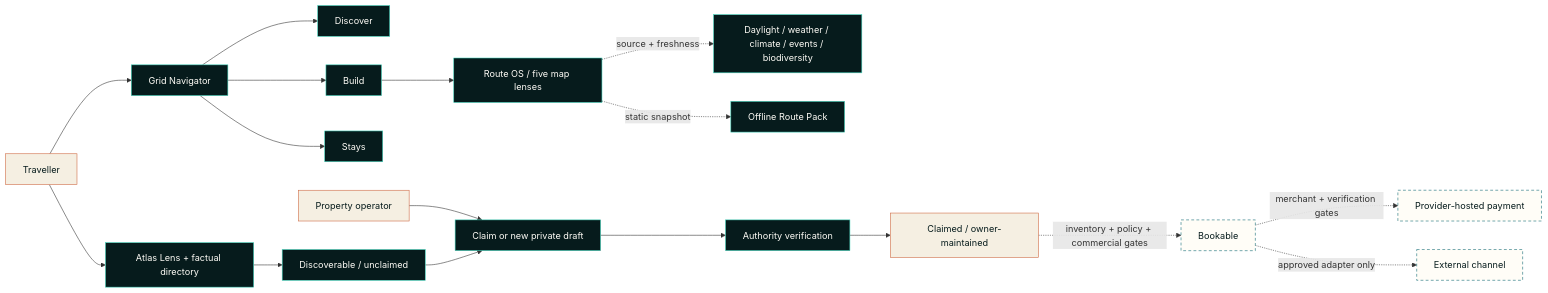
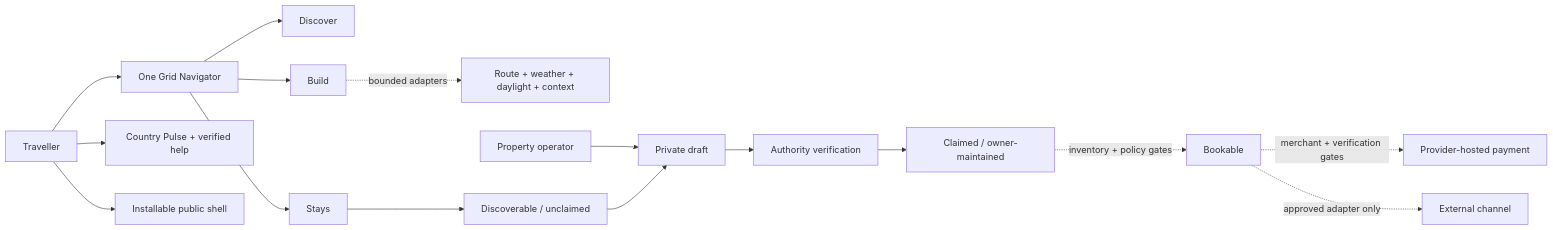
The diagram in README.md (freeman-ipumbu/tpts-grid-case-study), drawn with Mermaid before and after one commit. The commit also changed other lines of this file and 4 other files, not shown here.

````diff
--- a/README.md
+++ b/README.md
@@ -177,26 +132,18 @@
 ```mermaid
 flowchart LR
-    T[Traveller] --> N[Grid Navigator]
-    N --> E[Discover]
-    N --> R[Build]
+    T[Traveller] --> N[One Grid Navigator]
+    N --> D[Discover]
+    N --> B[Build]
     N --> S[Stays]
-    R --> OS[Route OS / five map lenses]
-    OS -. source + freshness .-> I[Daylight / weather / climate / events / biodiversity]
-    OS -. static snapshot .-> OP[Offline Route Pack]
-    T --> D[Atlas Lens + factual directory]
-    O[Property operator] --> C[Claim or new private draft]
-    C --> V[Authority verification]
-    D --> U[Discoverable / unclaimed]
-    U --> C
+    B -. bounded adapters .-> I[Route + weather + daylight + context]
+    T --> C[Country Pulse + verified help]
+    T --> P[Installable public shell]
+    O[Property operator] --> Q[Private draft]
+    Q --> V[Authority verification]
+    S --> U[Discoverable / unclaimed]
+    U --> Q
     V --> K[Claimed / owner-maintained]
-    K -. inventory + policy + commercial gates .-> B[Bookable]
-    B -. merchant + verification gates .-> P[Provider-hosted payment]
-    B -. approved adapter only .-> X[External channel]
-
-    classDef live fill:#061b1c,stroke:#42d5bd,color:#fffdf7;
-    classDef truth fill:#f5efe2,stroke:#ce6842,color:#061b1c;
-    classDef gated fill:#fffdf7,stroke:#0d6872,color:#061b1c,stroke-dasharray:5 4;
-    class N,E,R,S,D,U,C,V,OS,I,OP live;
-    class T,O,K truth;
-    class B,P,X gated;
+    K -. inventory + policy gates .-> R[Bookable]
+    R -. merchant + verification gates .-> G[Provider-hosted payment]
+    R -. approved adapter only .-> X[External channel]
 ```
````
